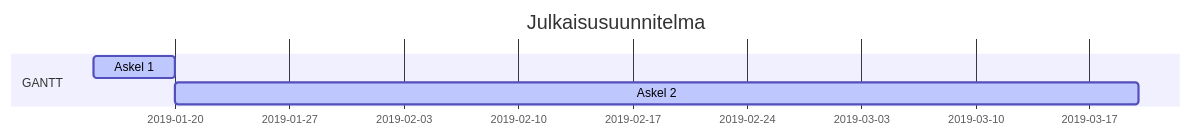
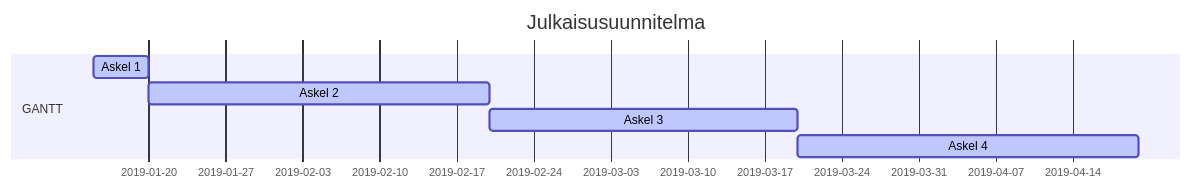
The diagram in dokumentaatio/01-projektinhallinta/projektisuunnitelma.md (ninaleo/ransut-core), drawn with Mermaid before and after one commit.

````diff
--- a/dokumentaatio/01-projektinhallinta/projektisuunnitelma.md
+++ b/dokumentaatio/01-projektinhallinta/projektisuunnitelma.md
@@ -124,10 +124,11 @@
 ```mermaid
 gantt
     title Julkaisusuunnitelma
     dateFormat  DD-MM-YYYY
     section GANTT
     Askel 1      :active,k1,15-01-2019, 20-01-2019
-    Askel 2      :active,k2,after k1, 20-03-2019
-    
+    Askel 2      :active,k2,after k1, 20-02-2019
+    Askel 3      :active,k3,after k2, 20-03-2019
+    Askel 4      :active,k4,after k3, 20-04-2019
 
 ```
````
